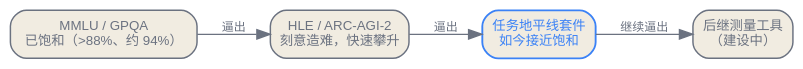
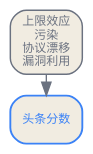
The fourth of 4 diagrams in zh/frontiers/02-the-capability-horizon.qmd (latere-ai/ai-as-an-infrastructure), drawn with Graphviz before and after one commit. The commit also changed other lines of this file and 2 other files, not shown here.

Commit message:
docs: rewrite Chinese capability horizon chapter

````diff
--- a/zh/frontiers/02-the-capability-horizon.qmd
+++ b/zh/frontiers/02-the-capability-horizon.qmd
@@ -59,19 +162,16 @@
 ```{dot}
 //| label: fig-horizon-saturation
-//| fig-cap: "仪器饱和得比能造出来还快。每一代基准都为抵抗饱和而生，在模型把它耗尽时陡峭攀升，又逼出下一把尺子。那套为了比分数活得更久而造的地平线测试组，如今自己也逼近饱和。"
-digraph saturation {
-  rankdir=LR;
+//| fig-cap: "基准会以不同方式失效。上限会压缩差异，污染会改变真正受测的内容，协议漂移会破坏可比性，漏洞则可能绕过原本的任务。"
+digraph {
   bgcolor="transparent";
-  node [shape=box, style="rounded,filled", fontname="Helvetica", fontsize=10, color="#6b7280", fontcolor="#6b7280", fillcolor="#f1ece1", penwidth=1.1];
-  edge [color="#6b7280", fontcolor="#6b7280", fontsize=9];
+  rankdir=TB;
+  nodesep=0.18; ranksep=0.22;
+  node [shape=box, style="rounded,filled", fontname="Helvetica", fontsize=9, color="#6b7280", fontcolor="#6b7280", fillcolor="#f1ece1", penwidth=1.1];
+  edge [color="#6b7280"];
 
-  mmlu [label="MMLU / GPQA\n已饱和（>88%、约 94%）"];
-  hard [label="HLE / ARC-AGI-2\n刻意造难，快速攀升"];
-  horizon [label="任务地平线套件\n如今接近饱和", color="#3b82f6", fontcolor="#3b82f6", penwidth=1.4];
-  next [label="后继测量工具\n（建设中）"];
+  risks [label="上限效应\n污染\n协议漂移\n漏洞利用"];
+  score [label="头条分数", color="#3b82f6", fontcolor="#3b82f6", penwidth=1.4];
 
-  mmlu -> hard [label="逼出"];
-  hard -> horizon [label="逼出"];
-  horizon -> next [label="继续逼出"];
+  risks -> score;
 }
 ```
````
